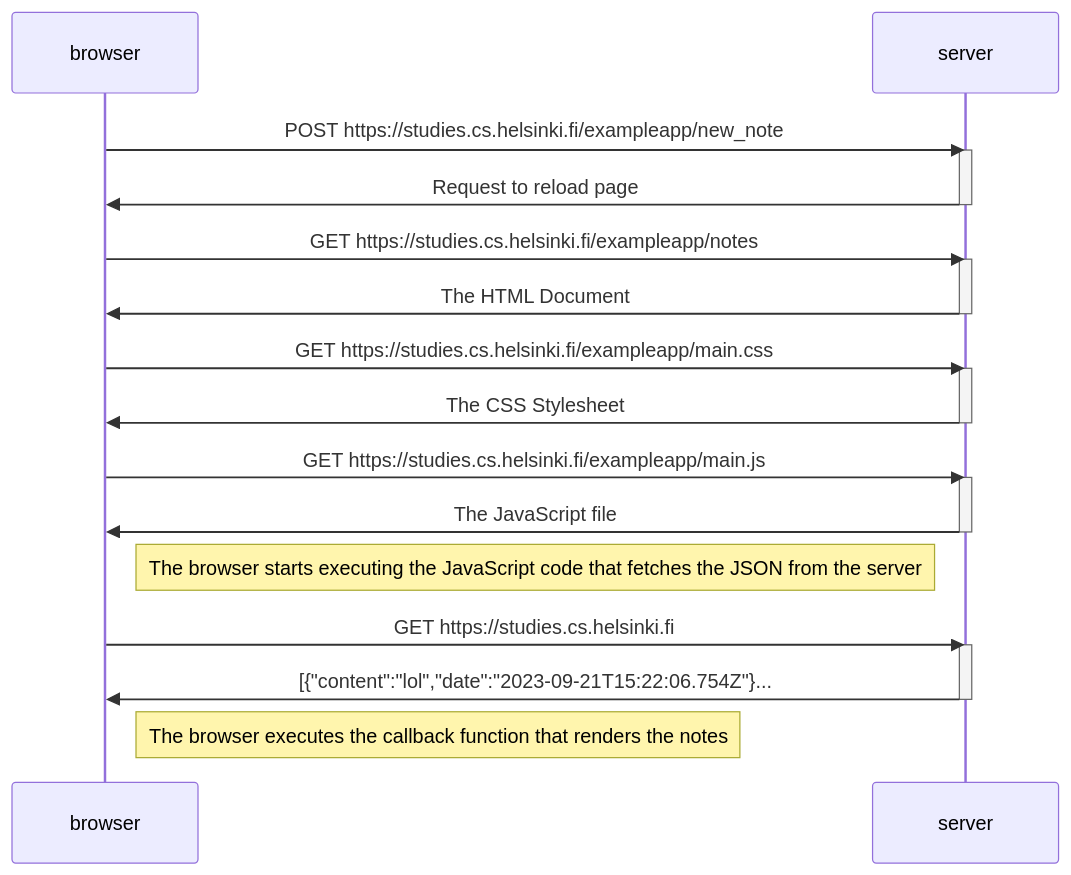
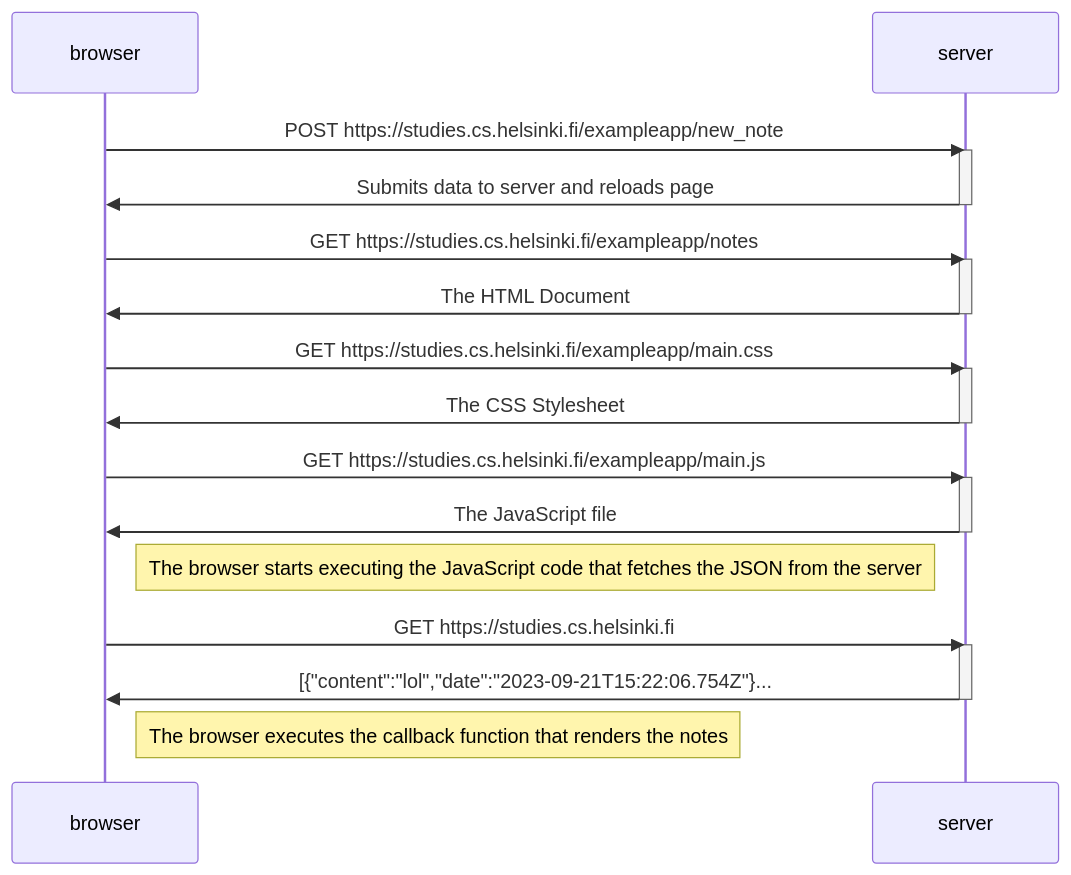
Before and after one commit to MvanSteenbergen/FullStackOpen: the diagram in exercise 0.4.md, drawn with Mermaid.

Commit message:
Update exercise 0.4.md

````diff
--- a/exercise 0.4.md
+++ b/exercise 0.4.md
@@ -2,32 +2,32 @@
 ```mermaid
 sequenceDiagram
   participant browser
   participant server
 
   browser->>server:	POST https://studies.cs.helsinki.fi/exampleapp/new_note
   activate server
-  server->>browser: Request to reload page
+  server->>browser: Submits data to server and reloads page
   deactivate server
 
   browser->>server: GET https://studies.cs.helsinki.fi/exampleapp/notes
   activate server
   server->>browser: The HTML Document
   deactivate server
 
   browser->>server: GET https://studies.cs.helsinki.fi/exampleapp/main.css
   activate server
   server->>browser: The CSS Stylesheet
   deactivate server;
 
   browser->>server: GET https://studies.cs.helsinki.fi/exampleapp/main.js
   activate server
   server->>browser: The JavaScript file
   deactivate server;
   Note right of browser: The browser starts executing the JavaScript code that fetches the JSON from the server
 
   browser->>server: GET https://studies.cs.helsinki.fi
   activate server
   server->>browser: [{"content":"lol","date":"2023-09-21T15:22:06.754Z"}...
   deactivate server;
   Note right of browser: The browser executes the callback function that renders the notes
 ```
````
